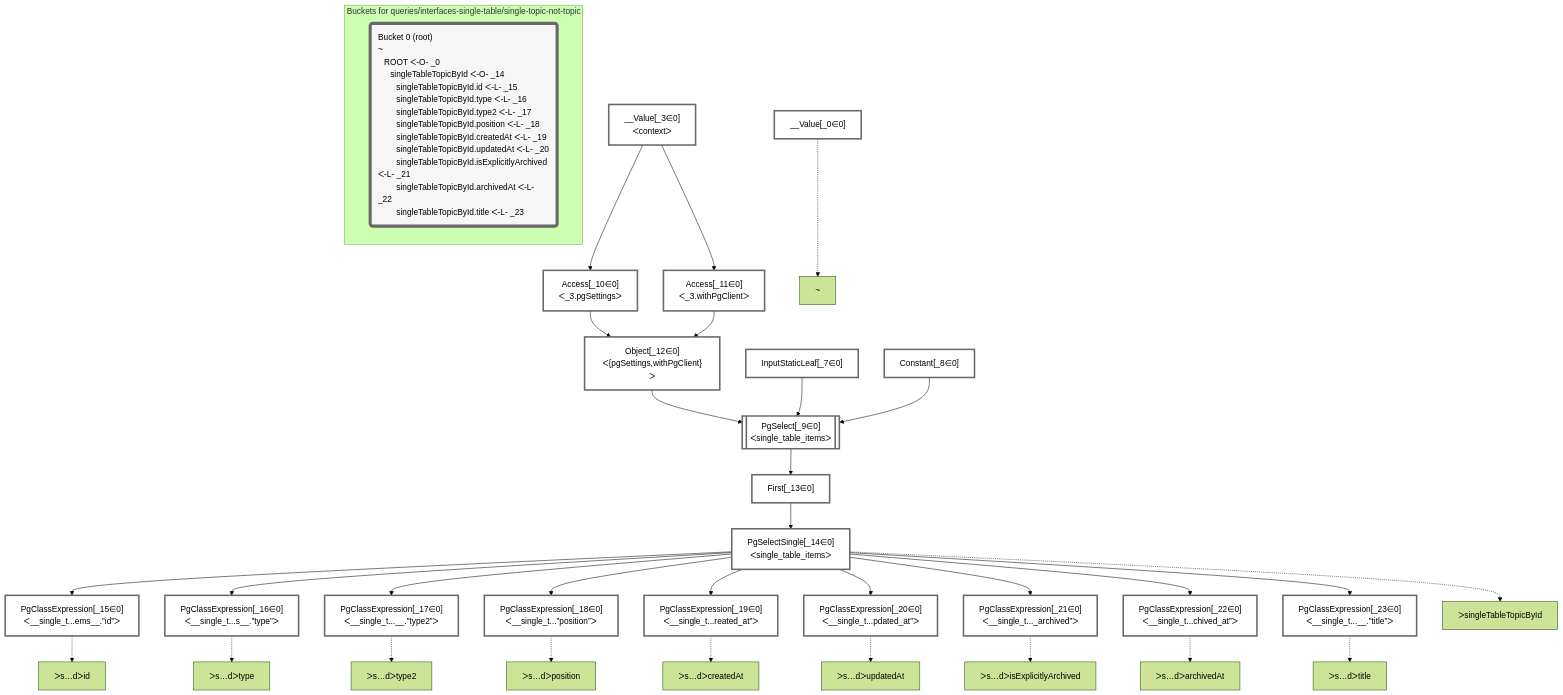
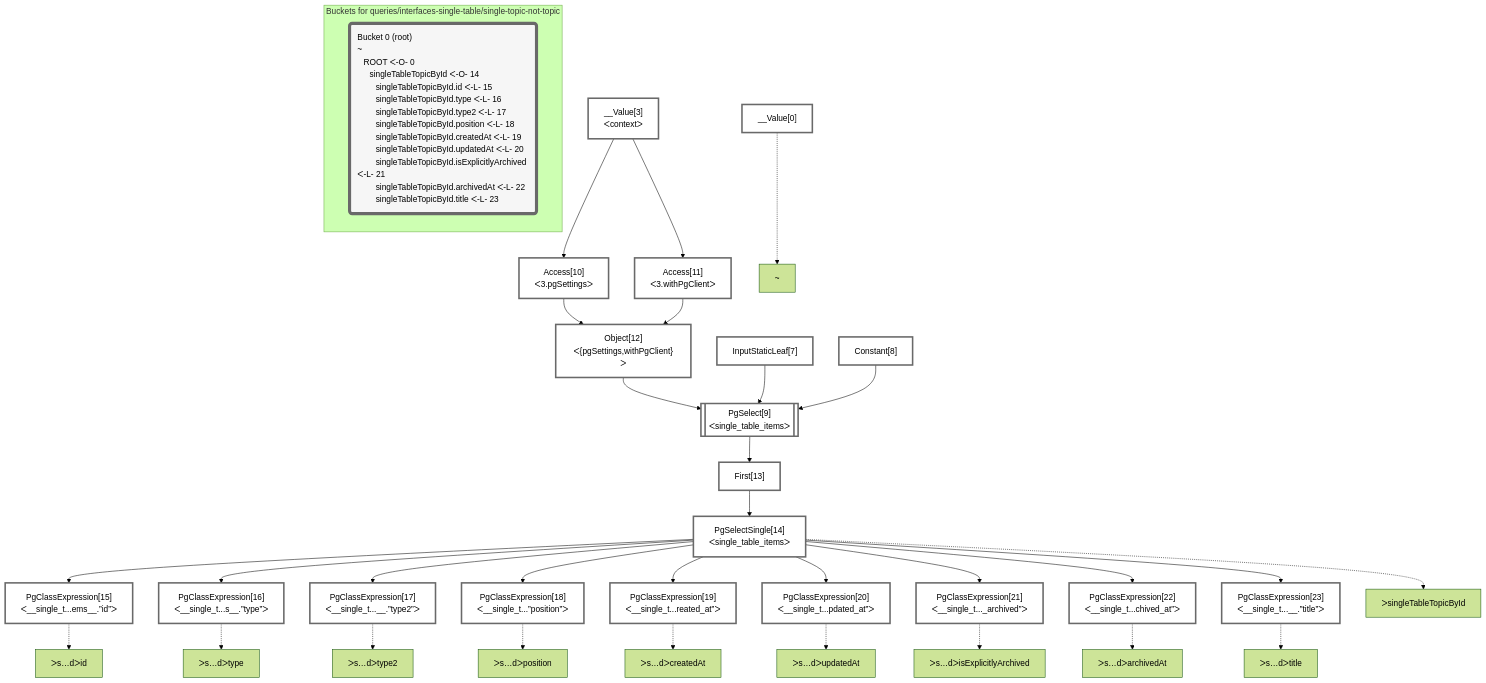
The diagram in packages/dataplan-pg/__tests__/queries/interfaces-single-table/single-topic-not-topic.mermaid.md (graphile/crystal), drawn with Mermaid (forest theme) before and after one commit. The commit also changed 195 other files, not shown here.

````diff
--- a/packages/dataplan-pg/__tests__/queries/interfaces-single-table/single-topic-not-topic.mermaid.md
+++ b/packages/dataplan-pg/__tests__/queries/interfaces-single-table/single-topic-not-topic.mermaid.md
@@ -1,77 +1,77 @@
 ```mermaid
 graph TD
     classDef path fill:#eee,stroke:#000,color:#000
     classDef plan fill:#fff,stroke-width:3px,color:#000
     classDef itemplan fill:#fff,stroke-width:6px,color:#000
     classDef sideeffectplan fill:#f00,stroke-width:6px,color:#000
     classDef bucket fill:#f6f6f6,color:#000,stroke-width:6px,text-align:left
 
 
     %% define plans
-    __Value_0["__Value[_0∈0]"]:::plan
-    PgClassExpression_15["PgClassExpression[_15∈0]<br />ᐸ__single_t...ems__.”id”ᐳ"]:::plan
-    PgClassExpression_16["PgClassExpression[_16∈0]<br />ᐸ__single_t...s__.”type”ᐳ"]:::plan
-    PgClassExpression_17["PgClassExpression[_17∈0]<br />ᐸ__single_t...__.”type2”ᐳ"]:::plan
-    PgClassExpression_18["PgClassExpression[_18∈0]<br />ᐸ__single_t...”position”ᐳ"]:::plan
-    PgClassExpression_19["PgClassExpression[_19∈0]<br />ᐸ__single_t...reated_at”ᐳ"]:::plan
-    PgClassExpression_20["PgClassExpression[_20∈0]<br />ᐸ__single_t...pdated_at”ᐳ"]:::plan
-    PgClassExpression_21["PgClassExpression[_21∈0]<br />ᐸ__single_t..._archived”ᐳ"]:::plan
-    PgClassExpression_22["PgClassExpression[_22∈0]<br />ᐸ__single_t...chived_at”ᐳ"]:::plan
-    PgClassExpression_23["PgClassExpression[_23∈0]<br />ᐸ__single_t...__.”title”ᐳ"]:::plan
-    PgSelectSingle_14["PgSelectSingle[_14∈0]<br />ᐸsingle_table_itemsᐳ"]:::plan
-    First_13["First[_13∈0]"]:::plan
-    PgSelect_9[["PgSelect[_9∈0]<br />ᐸsingle_table_itemsᐳ"]]:::plan
-    Object_12["Object[_12∈0]<br />ᐸ{pgSettings,withPgClient}ᐳ"]:::plan
-    Access_10["Access[_10∈0]<br />ᐸ_3.pgSettingsᐳ"]:::plan
-    Access_11["Access[_11∈0]<br />ᐸ_3.withPgClientᐳ"]:::plan
-    __Value_3["__Value[_3∈0]<br />ᐸcontextᐳ"]:::plan
-    InputStaticLeaf_7["InputStaticLeaf[_7∈0]"]:::plan
-    Constant_8["Constant[_8∈0]"]:::plan
+    __Value0["__Value[0]"]:::plan
+    PgClassExpression15["PgClassExpression[15]<br />ᐸ__single_t...ems__.”id”ᐳ"]:::plan
+    PgClassExpression16["PgClassExpression[16]<br />ᐸ__single_t...s__.”type”ᐳ"]:::plan
+    PgClassExpression17["PgClassExpression[17]<br />ᐸ__single_t...__.”type2”ᐳ"]:::plan
+    PgClassExpression18["PgClassExpression[18]<br />ᐸ__single_t...”position”ᐳ"]:::plan
+    PgClassExpression19["PgClassExpression[19]<br />ᐸ__single_t...reated_at”ᐳ"]:::plan
+    PgClassExpression20["PgClassExpression[20]<br />ᐸ__single_t...pdated_at”ᐳ"]:::plan
+    PgClassExpression21["PgClassExpression[21]<br />ᐸ__single_t..._archived”ᐳ"]:::plan
+    PgClassExpression22["PgClassExpression[22]<br />ᐸ__single_t...chived_at”ᐳ"]:::plan
+    PgClassExpression23["PgClassExpression[23]<br />ᐸ__single_t...__.”title”ᐳ"]:::plan
+    PgSelectSingle14["PgSelectSingle[14]<br />ᐸsingle_table_itemsᐳ"]:::plan
+    First13["First[13]"]:::plan
+    PgSelect9[["PgSelect[9]<br />ᐸsingle_table_itemsᐳ"]]:::plan
+    Object12["Object[12]<br />ᐸ{pgSettings,withPgClient}ᐳ"]:::plan
+    Access10["Access[10]<br />ᐸ3.pgSettingsᐳ"]:::plan
+    Access11["Access[11]<br />ᐸ3.withPgClientᐳ"]:::plan
+    __Value3["__Value[3]<br />ᐸcontextᐳ"]:::plan
+    InputStaticLeaf7["InputStaticLeaf[7]"]:::plan
+    Constant8["Constant[8]"]:::plan
 
     %% plan dependencies
-    PgSelectSingle_14 --> PgClassExpression_15
-    PgSelectSingle_14 --> PgClassExpression_16
-    PgSelectSingle_14 --> PgClassExpression_17
-    PgSelectSingle_14 --> PgClassExpression_18
-    PgSelectSingle_14 --> PgClassExpression_19
-    PgSelectSingle_14 --> PgClassExpression_20
-    PgSelectSingle_14 --> PgClassExpression_21
-    PgSelectSingle_14 --> PgClassExpression_22
-    PgSelectSingle_14 --> PgClassExpression_23
-    First_13 --> PgSelectSingle_14
-    PgSelect_9 --> First_13
-    Object_12 & InputStaticLeaf_7 & Constant_8 --> PgSelect_9
-    Access_10 & Access_11 --> Object_12
-    __Value_3 --> Access_10
-    __Value_3 --> Access_11
+    PgSelectSingle14 --> PgClassExpression15
+    PgSelectSingle14 --> PgClassExpression16
+    PgSelectSingle14 --> PgClassExpression17
+    PgSelectSingle14 --> PgClassExpression18
+    PgSelectSingle14 --> PgClassExpression19
+    PgSelectSingle14 --> PgClassExpression20
+    PgSelectSingle14 --> PgClassExpression21
+    PgSelectSingle14 --> PgClassExpression22
+    PgSelectSingle14 --> PgClassExpression23
+    First13 --> PgSelectSingle14
+    PgSelect9 --> First13
+    Object12 & InputStaticLeaf7 & Constant8 --> PgSelect9
+    Access10 & Access11 --> Object12
+    __Value3 --> Access10
+    __Value3 --> Access11
 
     %% plan-to-path relationships
-    P_0["~"]
-    __Value_0 -.-> P_0
-    P_14["ᐳsingleTableTopicById"]
-    PgSelectSingle_14 -.-> P_14
-    P_15["ᐳs…dᐳid"]
-    PgClassExpression_15 -.-> P_15
-    P_16["ᐳs…dᐳtype"]
-    PgClassExpression_16 -.-> P_16
-    P_17["ᐳs…dᐳtype2"]
-    PgClassExpression_17 -.-> P_17
-    P_18["ᐳs…dᐳposition"]
-    PgClassExpression_18 -.-> P_18
-    P_19["ᐳs…dᐳcreatedAt"]
-    PgClassExpression_19 -.-> P_19
-    P_20["ᐳs…dᐳupdatedAt"]
-    PgClassExpression_20 -.-> P_20
-    P_21["ᐳs…dᐳisExplicitlyArchived"]
-    PgClassExpression_21 -.-> P_21
-    P_22["ᐳs…dᐳarchivedAt"]
-    PgClassExpression_22 -.-> P_22
-    P_23["ᐳs…dᐳtitle"]
-    PgClassExpression_23 -.-> P_23
+    P0["~"]
+    __Value0 -.-> P0
+    P14["ᐳsingleTableTopicById"]
+    PgSelectSingle14 -.-> P14
+    P15["ᐳs…dᐳid"]
+    PgClassExpression15 -.-> P15
+    P16["ᐳs…dᐳtype"]
+    PgClassExpression16 -.-> P16
+    P17["ᐳs…dᐳtype2"]
+    PgClassExpression17 -.-> P17
+    P18["ᐳs…dᐳposition"]
+    PgClassExpression18 -.-> P18
+    P19["ᐳs…dᐳcreatedAt"]
+    PgClassExpression19 -.-> P19
+    P20["ᐳs…dᐳupdatedAt"]
+    PgClassExpression20 -.-> P20
+    P21["ᐳs…dᐳisExplicitlyArchived"]
+    PgClassExpression21 -.-> P21
+    P22["ᐳs…dᐳarchivedAt"]
+    PgClassExpression22 -.-> P22
+    P23["ᐳs…dᐳtitle"]
+    PgClassExpression23 -.-> P23
 
     subgraph "Buckets for queries/interfaces-single-table/single-topic-not-topic"
-    Bucket0("Bucket 0 (root)<br />~<br />⠀ROOT ᐸ-O- _0<br />⠀⠀singleTableTopicById ᐸ-O- _14<br />⠀⠀⠀singleTableTopicById.id ᐸ-L- _15<br />⠀⠀⠀singleTableTopicById.type ᐸ-L- _16<br />⠀⠀⠀singleTableTopicById.type2 ᐸ-L- _17<br />⠀⠀⠀singleTableTopicById.position ᐸ-L- _18<br />⠀⠀⠀singleTableTopicById.createdAt ᐸ-L- _19<br />⠀⠀⠀singleTableTopicById.updatedAt ᐸ-L- _20<br />⠀⠀⠀singleTableTopicById.isExplicitlyArchived ᐸ-L- _21<br />⠀⠀⠀singleTableTopicById.archivedAt ᐸ-L- _22<br />⠀⠀⠀singleTableTopicById.title ᐸ-L- _23"):::bucket
+    Bucket0("Bucket 0 (root)<br />~<br />⠀ROOT ᐸ-O- 0<br />⠀⠀singleTableTopicById ᐸ-O- 14<br />⠀⠀⠀singleTableTopicById.id ᐸ-L- 15<br />⠀⠀⠀singleTableTopicById.type ᐸ-L- 16<br />⠀⠀⠀singleTableTopicById.type2 ᐸ-L- 17<br />⠀⠀⠀singleTableTopicById.position ᐸ-L- 18<br />⠀⠀⠀singleTableTopicById.createdAt ᐸ-L- 19<br />⠀⠀⠀singleTableTopicById.updatedAt ᐸ-L- 20<br />⠀⠀⠀singleTableTopicById.isExplicitlyArchived ᐸ-L- 21<br />⠀⠀⠀singleTableTopicById.archivedAt ᐸ-L- 22<br />⠀⠀⠀singleTableTopicById.title ᐸ-L- 23"):::bucket
     classDef bucket0 stroke:#696969
-    class Bucket0,__Value_0,__Value_3,InputStaticLeaf_7,Constant_8,PgSelect_9,Access_10,Access_11,Object_12,First_13,PgSelectSingle_14,PgClassExpression_15,PgClassExpression_16,PgClassExpression_17,PgClassExpression_18,PgClassExpression_19,PgClassExpression_20,PgClassExpression_21,PgClassExpression_22,PgClassExpression_23 bucket0
+    class Bucket0,__Value0,__Value3,InputStaticLeaf7,Constant8,PgSelect9,Access10,Access11,Object12,First13,PgSelectSingle14,PgClassExpression15,PgClassExpression16,PgClassExpression17,PgClassExpression18,PgClassExpression19,PgClassExpression20,PgClassExpression21,PgClassExpression22,PgClassExpression23 bucket0
     end
 ```
````
